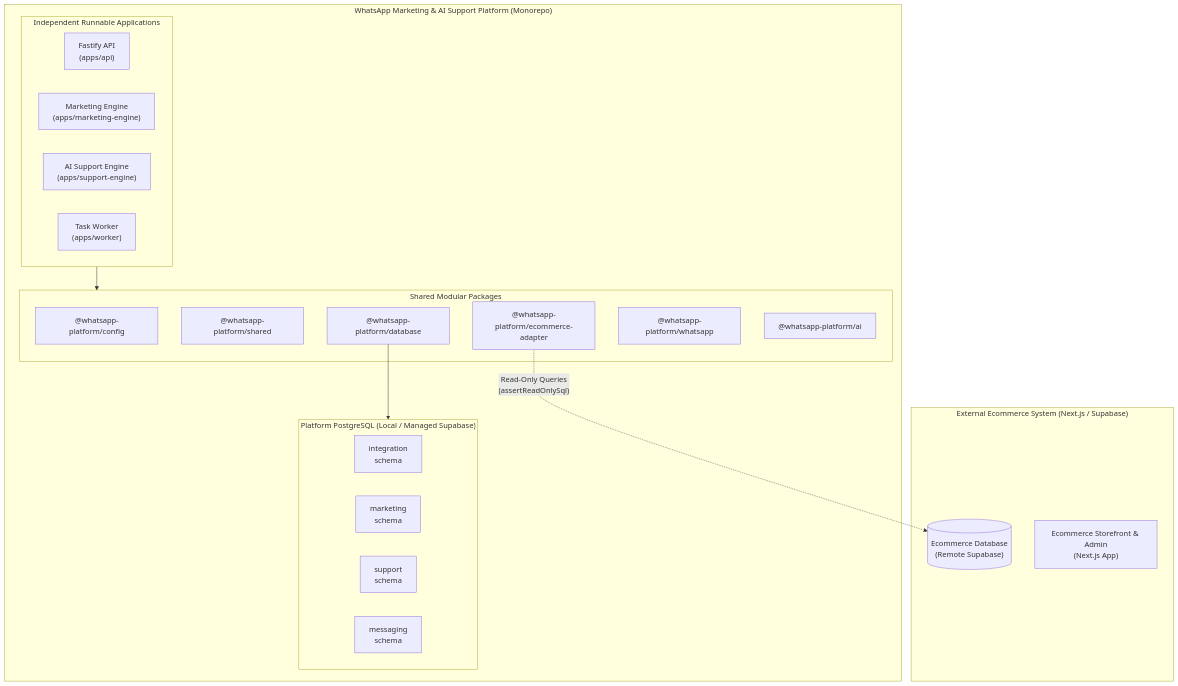
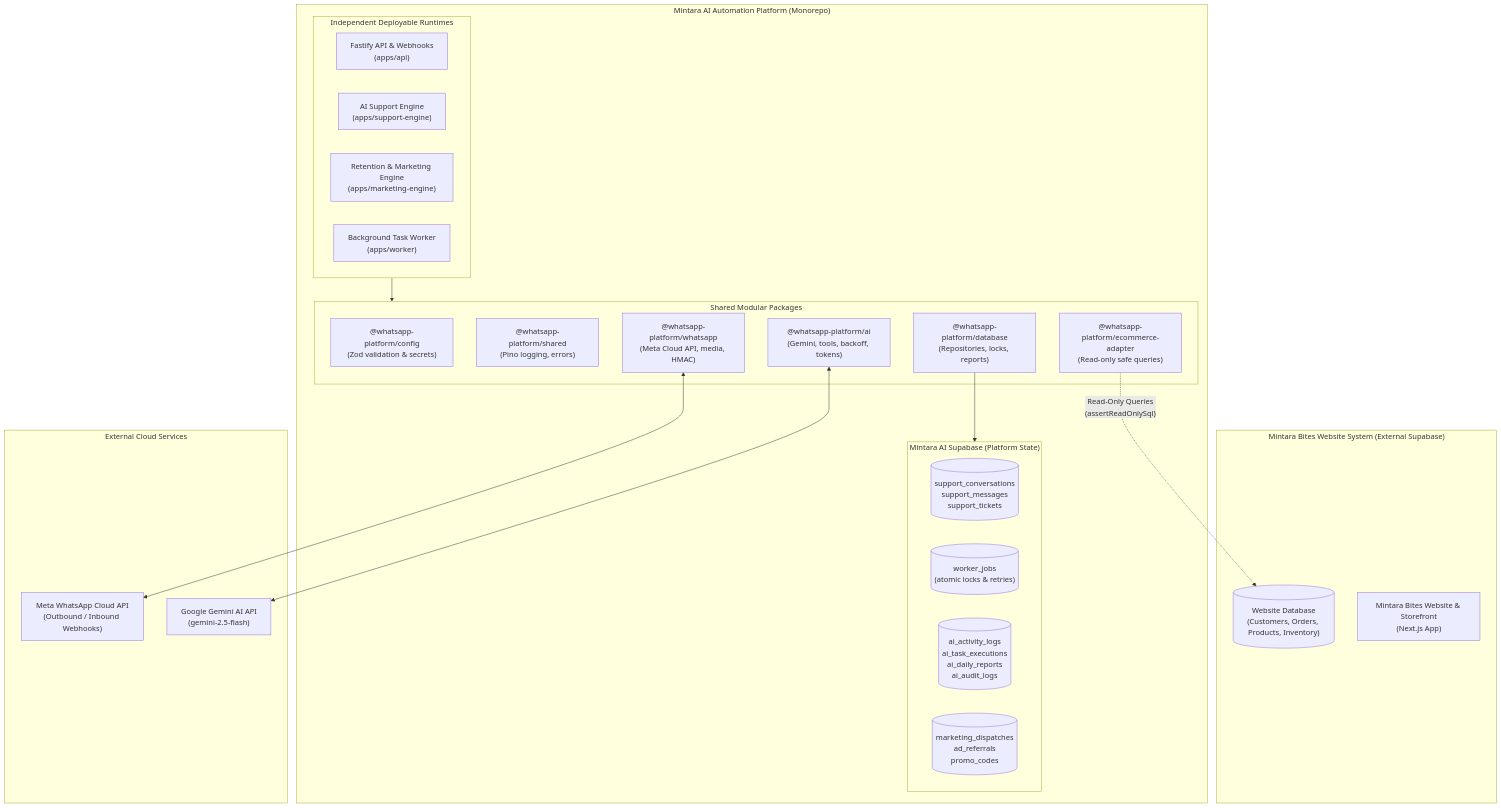
One commit to pathikx99/whatsapp-automation changed the first of 4 diagrams in docs/architecture.md. Above: the diagram before and after it, drawn with Mermaid. The commit also changed other lines of this file and 16 other files, not shown here.

````diff
--- a/docs/architecture.md
+++ b/docs/architecture.md
@@ -7,37 +9,44 @@
 ```mermaid
 flowchart TD
-    subgraph EcommerceSystem["External Ecommerce System (Next.js / Supabase)"]
-        StoreDB[("Ecommerce Database\n(Remote Supabase)")]
-        StoreApp["Ecommerce Storefront & Admin\n(Next.js App)"]
+    subgraph EcommerceSystem["Mintara Bites Website System (External Supabase)"]
+        StoreDB[("Website Database\n(Customers, Orders, Products, Inventory)")]
+        StoreApp["Mintara Bites Website & Storefront\n(Next.js App)"]
     end
 
-    subgraph PlatformEcosystem["WhatsApp Marketing & AI Support Platform (Monorepo)"]
-        subgraph Applications["Independent Runnable Applications"]
-            API["Fastify API\n(apps/api)"]
-            Marketing["Marketing Engine\n(apps/marketing-engine)"]
+    subgraph MintaraAIEcosystem["Mintara AI Automation Platform (Monorepo)"]
+        subgraph Applications["Independent Deployable Runtimes"]
+            API["Fastify API & Webhooks\n(apps/api)"]
             Support["AI Support Engine\n(apps/support-engine)"]
-            Worker["Task Worker\n(apps/worker)"]
+            Marketing["Retention & Marketing Engine\n(apps/marketing-engine)"]
+            Worker["Background Task Worker\n(apps/worker)"]
         end
 
         subgraph SharedPackages["Shared Modular Packages"]
-            PkgConfig["@whatsapp-platform/config"]
-            PkgShared["@whatsapp-platform/shared"]
-            PkgDB["@whatsapp-platform/database"]
-            PkgEcom["@whatsapp-platform/ecommerce-adapter"]
-            PkgWA["@whatsapp-platform/whatsapp"]
-            PkgAI["@whatsapp-platform/ai"]
+            PkgConfig["@whatsapp-platform/config\n(Zod validation & secrets)"]
+            PkgShared["@whatsapp-platform/shared\n(Pino logging, errors)"]
+            PkgDB["@whatsapp-platform/database\n(Repositories, locks, reports)"]
+            PkgEcom["@whatsapp-platform/ecommerce-adapter\n(Read-only safe queries)"]
+            PkgWA["@whatsapp-platform/whatsapp\n(Meta Cloud API, media, HMAC)"]
+            PkgAI["@whatsapp-platform/ai\n(Gemini, tools, backoff, tokens)"]
         end
 
-        subgraph PlatformDatabase["Platform PostgreSQL (Local / Managed Supabase)"]
-            SchemaIntegration["integration\nschema"]
-            SchemaMarketing["marketing\nschema"]
-            SchemaSupport["support\nschema"]
-            SchemaMessaging["messaging\nschema"]
+        subgraph PlatformDatabase["Mintara AI Supabase (Platform State)"]
+        DBConversations[("support_conversations\nsupport_messages\nsupport_tickets")]
+        DBJobs[("worker_jobs\n(atomic locks & retries)")]
+        DBReporting[("ai_activity_logs\nai_task_executions\nai_daily_reports\nai_audit_logs")]
+        DBMarketing[("marketing_dispatches\nad_referrals\npromo_codes")]
         end
+    end
+
+    subgraph ExternalServices["External Cloud Services"]
+        MetaWA["Meta WhatsApp Cloud API\n(Outbound / Inbound Webhooks)"]
+        GeminiAPI["Google Gemini AI API\n(gemini-2.5-flash)"]
     end
 
     %% Cross-boundary connections
     Applications --> SharedPackages
     PkgDB --> PlatformDatabase
     PkgEcom -.->|"Read-Only Queries\n(assertReadOnlySql)"| StoreDB
+    PkgWA <--> MetaWA
+    PkgAI <--> GeminiAPI
 ```
````
